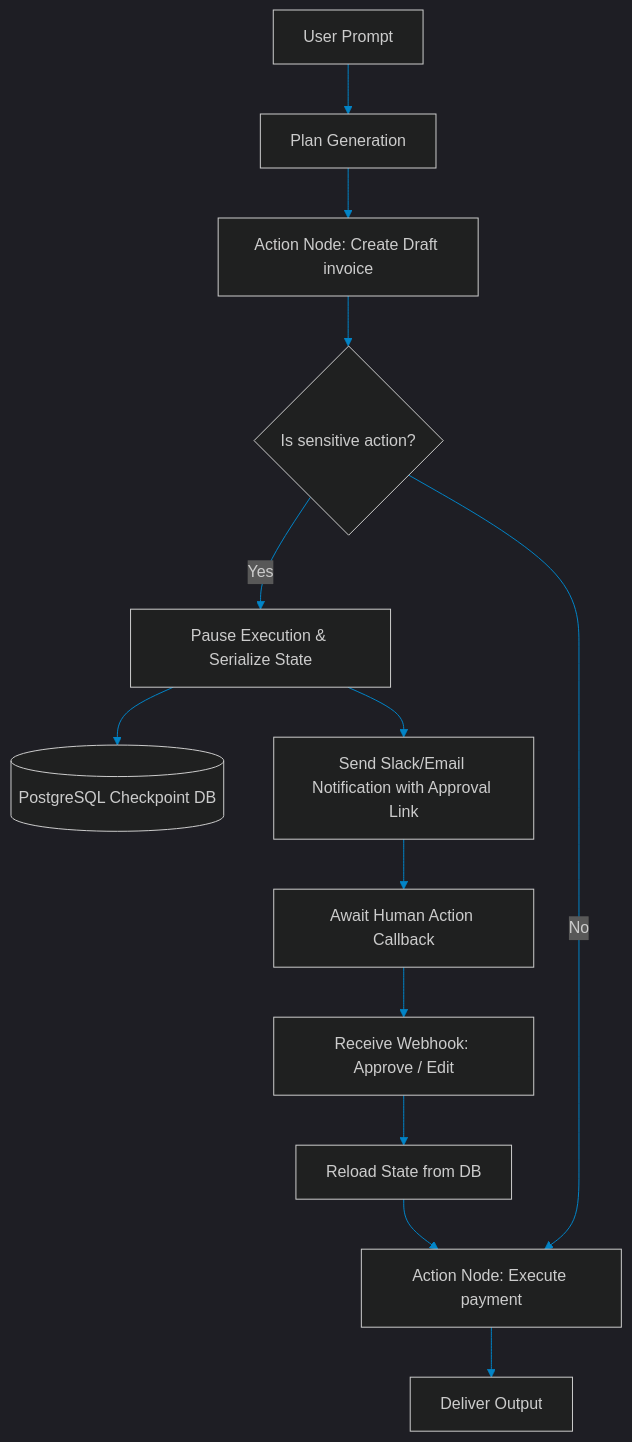
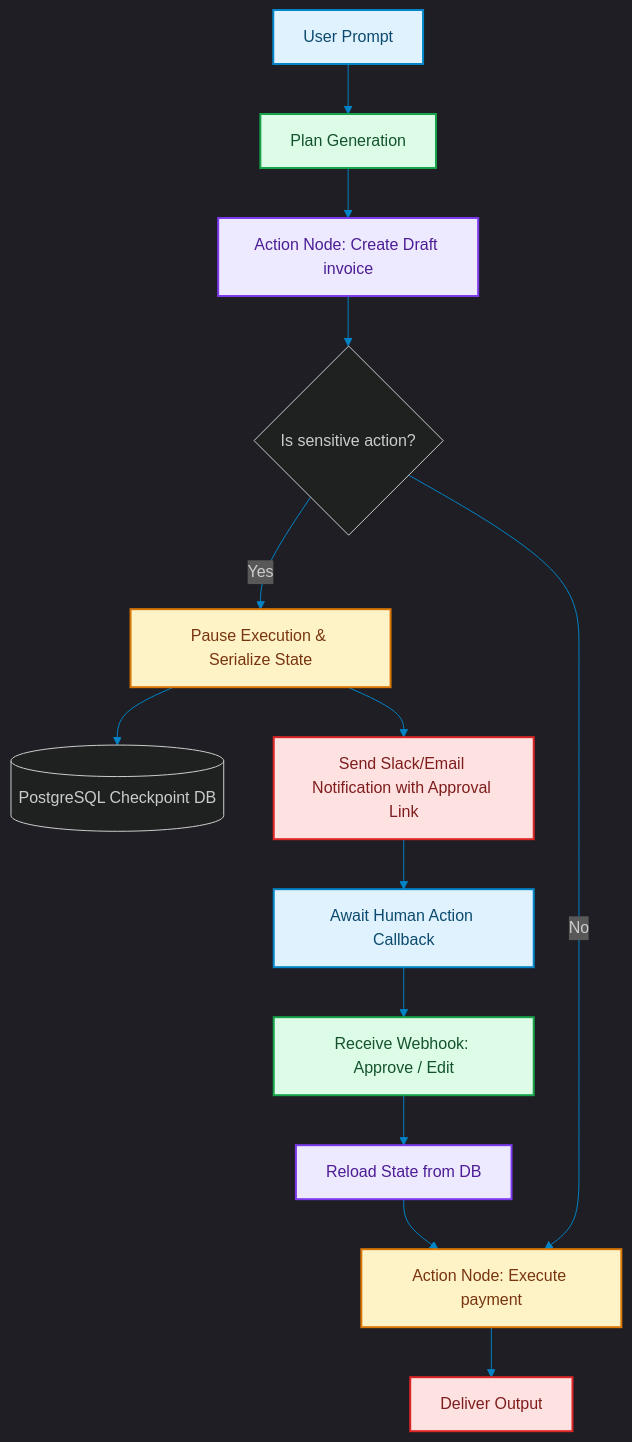
Before and after one commit to akmalkhaniub/akmalkhaniub.github.io: the diagram in blog/posts/agentic-human-in-the-loop-state-machines.md, drawn with Mermaid. The commit also changed other lines of this file and 1291 other files, not shown here.

First line of the commit message:
feat(catalog): unique covers, scholarly references, and diagram palettes

````diff
--- a/blog/posts/agentic-human-in-the-loop-state-machines.md
+++ b/blog/posts/agentic-human-in-the-loop-state-machines.md
@@ -15,19 +15,30 @@
 ```mermaid
 %%{init: {'theme': 'dark', 'themeVariables': { 'primaryColor': '#0284c7', 'primaryTextColor': '#f3f4f6', 'primaryBorderColor': '#38bdf8', 'lineColor': '#0284c7', 'secondaryColor': '#111827', 'tertiaryColor': '#0b0f19'}}}%%
 flowchart TD
-    Start[User Prompt] --> Step1[Plan Generation]
-    Step1 --> Node1[Action Node: Create Draft invoice]
+    Start["User Prompt"] --> Step1["Plan Generation"]
+    Step1 --> Node1["Action Node: Create Draft invoice"]
     Node1 --> Check{Is sensitive action?}
     
-    Check -->|Yes| Pause[Pause Execution & Serialize State]
+    Check -->|Yes| Pause["Pause Execution & Serialize State"]
     Pause --> DB[(PostgreSQL Checkpoint DB)]
-    Pause --> Notify[Send Slack/Email Notification with Approval Link]
+    Pause --> Notify["Send Slack/Email Notification with Approval Link"]
     
-    Notify --> Await[Await Human Action Callback]
-    Await --> Webhook[Receive Webhook: Approve / Edit]
+    Notify --> Await["Await Human Action Callback"]
+    Await --> Webhook["Receive Webhook: Approve / Edit"]
     
-    Webhook --> Deserialize[Reload State from DB]
-    Deserialize --> Node2[Action Node: Execute payment]
+    Webhook --> Deserialize["Reload State from DB"]
+    Deserialize --> Node2["Action Node: Execute payment"]
     Check -->|No| Node2
-    Node2 --> End[Deliver Output]
+    Node2 --> End["Deliver Output"]
+
+classDef green fill:#dcfce7,stroke:#16a34a,stroke-width:2px,color:#14532d;
+classDef red fill:#fee2e2,stroke:#dc2626,stroke-width:2px,color:#7f1d1d;
+classDef blue fill:#e0f2fe,stroke:#0284c7,stroke-width:2px,color:#0c4a6e;
+classDef yellow fill:#fef3c7,stroke:#d97706,stroke-width:2px,color:#78350f;
+classDef purple fill:#ede9fe,stroke:#7c3aed,stroke-width:2px,color:#4c1d95;
+class Start,Await blue
+class Step1,Webhook green
+class Node1,Deserialize purple
+class Pause,Node2 yellow
+class Notify,End red
 ```
````
